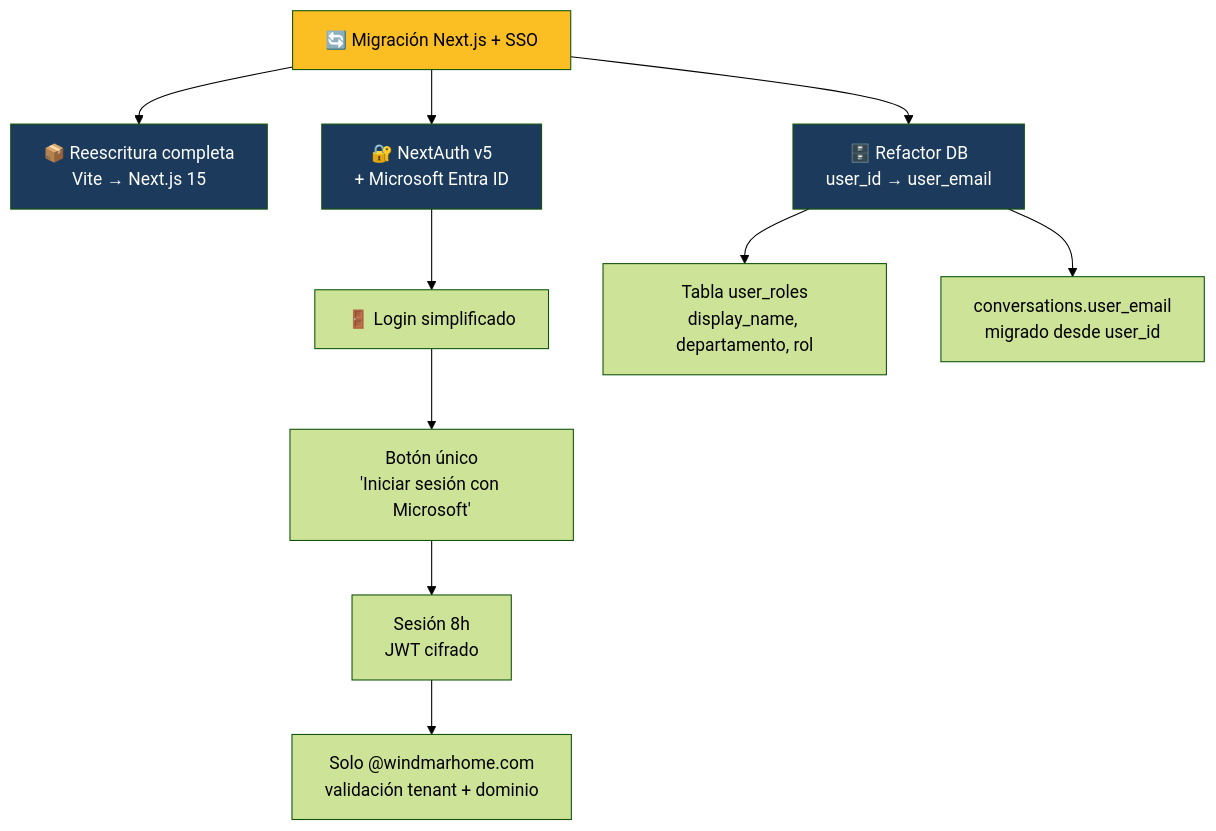
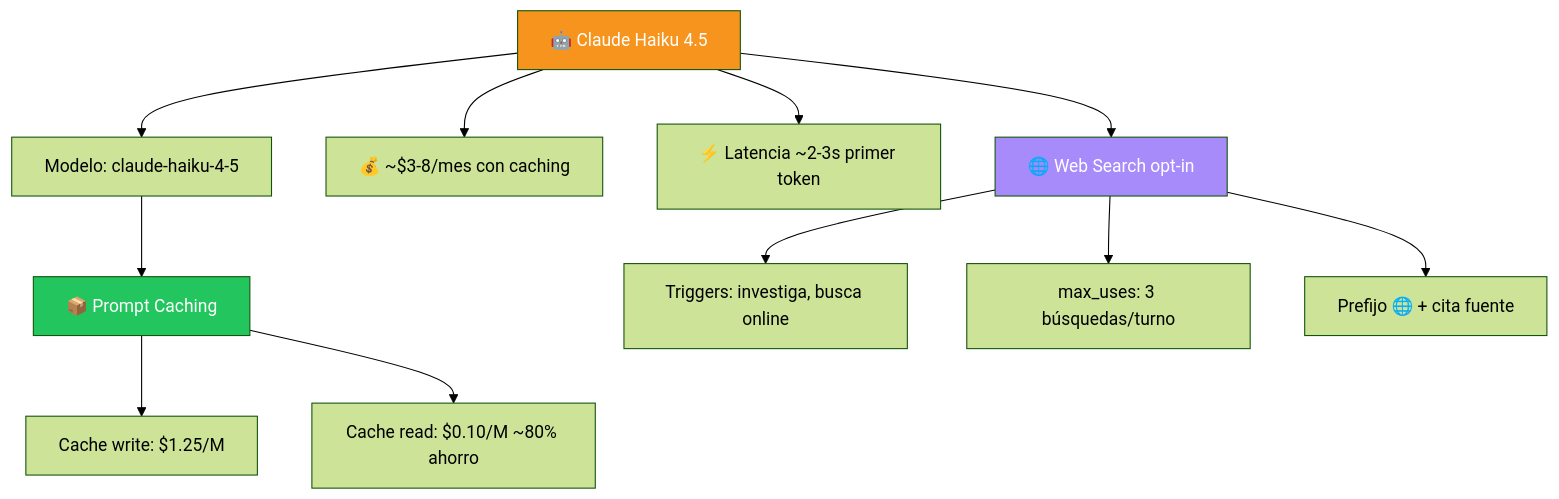
The fifth of 9 diagrams in ROADMAP.md (JnSbstnRivera/WINDMAR-AI-AGENT), drawn with Mermaid (forest theme) before and after one commit. The commit also changed other lines of this file, not shown here.

Commit message:
docs: actualizar ROADMAP con todos los cambios del 8 mayo (lanzamiento definitivo)

````diff
--- a/ROADMAP.md
+++ b/ROADMAP.md
@@ -186,20 +142,20 @@
 ```mermaid
 flowchart TD
-    Migration[🔄 Migración Next.js + SSO]
-    Migration --> M1[📦 Reescritura completa<br/>Vite → Next.js 15]
-    Migration --> M2[🔐 NextAuth v5<br/>+ Microsoft Entra ID]
-    Migration --> M3[🗄️ Refactor DB<br/>user_id → user_email]
+    Haiku[🤖 Claude Haiku 4.5]
+    Haiku --> H1[Modelo: claude-haiku-4-5]
+    Haiku --> H2[💰 ~$3-8/mes con caching]
+    Haiku --> H3[⚡ Latencia ~2-3s primer token]
 
-    M2 --> Login[🚪 Login simplificado]
-    Login --> L1[Botón único<br/>'Iniciar sesión con Microsoft']
-    L1 --> L2[Sesión 8h<br/>JWT cifrado]
-    L2 --> L3[Solo @windmarhome.com<br/>validación tenant + dominio]
+    H1 --> Cache[📦 Prompt Caching]
+    Cache --> C1[Cache write: $1.25/M]
+    Cache --> C2[Cache read: $0.10/M ~80% ahorro]
 
-    M3 --> DB1[Tabla user_roles<br/>display_name, departamento, rol]
-    M3 --> DB2[conversations.user_email<br/>migrado desde user_id]
+    Haiku --> WS[🌐 Web Search opt-in]
+    WS --> W1[Triggers: investiga, busca online]
+    WS --> W2[max_uses: 3 búsquedas/turno]
+    WS --> W3[Prefijo 🌐 + cita fuente]
 
-    style Migration fill:#fbbf24,color:#000
-    style M1 fill:#1B3A5C,color:#fff
-    style M2 fill:#1B3A5C,color:#fff
-    style M3 fill:#1B3A5C,color:#fff
+    style Haiku fill:#F7941D,color:#fff
+    style Cache fill:#22c55e,color:#fff
+    style WS fill:#a78bfa,color:#fff
 ```
````
